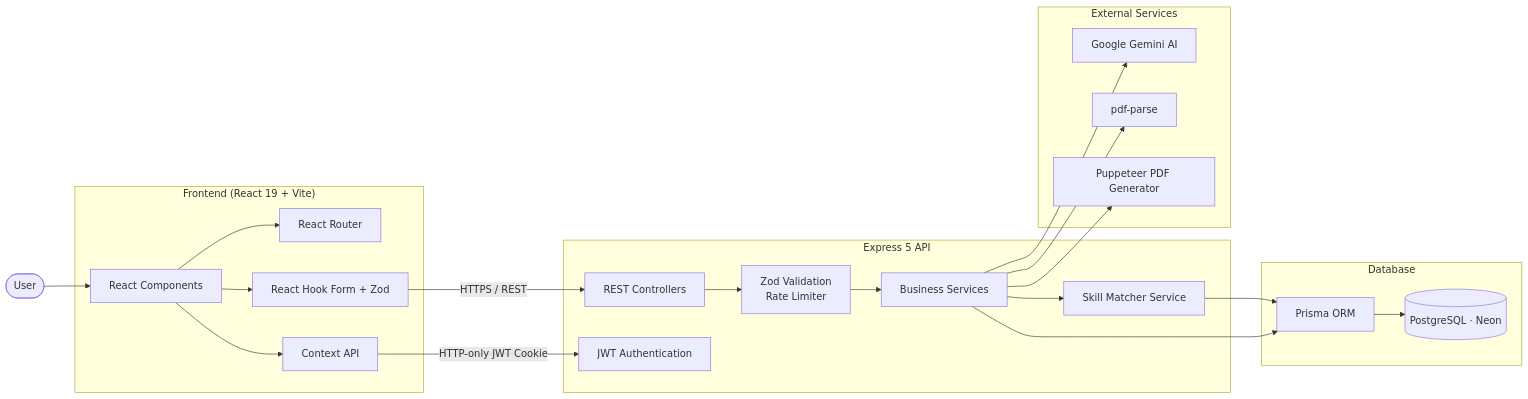
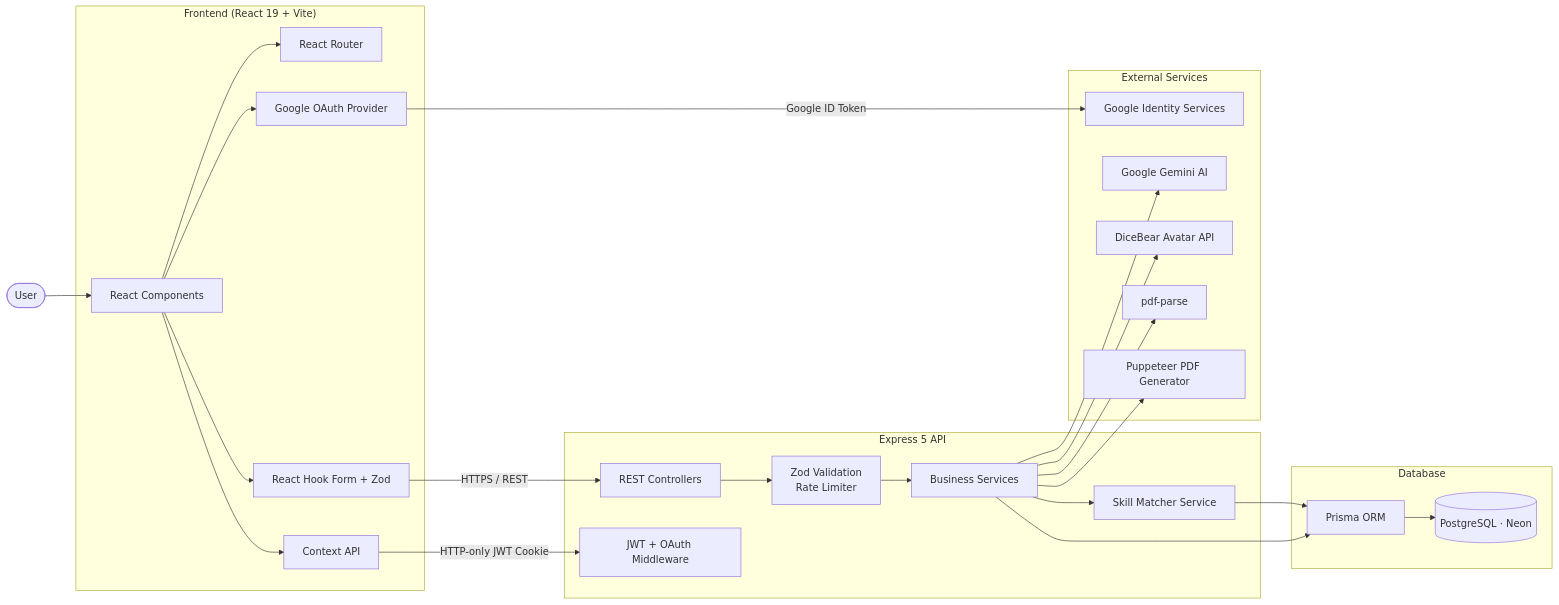
The diagram in README.md (SahilSameer18/skillbridgeAI), drawn with Mermaid before and after one commit. The commit also changed other lines of this file, not shown here.

````diff
--- a/README.md
+++ b/README.md
@@ -51,51 +55,57 @@
 ```mermaid
 flowchart LR
 
     User([User])
 
     subgraph Frontend["Frontend (React 19 + Vite)"]
         UI[React Components]
         Router[React Router]
         Context[Context API]
+        OAuth[Google OAuth Provider]
         Forms[React Hook Form + Zod]
     end
 
     subgraph Backend["Express 5 API"]
         API[REST Controllers]
-        Auth[JWT Authentication]
+        Auth[JWT + OAuth Middleware]
         Middleware[Zod Validation<br/>Rate Limiter]
         Services[Business Services]
         Matcher[Skill Matcher Service]
     end
 
     subgraph Database["Database"]
         Prisma[Prisma ORM]
         DB[(PostgreSQL · Neon)]
     end
 
     subgraph External["External Services"]
+        GoogleOAuth[Google Identity Services]
         Gemini[Google Gemini AI]
+        DiceBear[DiceBear Avatar API]
         Parser[pdf-parse]
         PDF[Puppeteer PDF Generator]
     end
 
     User --> UI
     UI --> Router
     UI --> Context
+    UI --> OAuth
     UI --> Forms
 
+    OAuth -->|Google ID Token| GoogleOAuth
     Forms -->|HTTPS / REST| API
     Context -->|HTTP-only JWT Cookie| Auth
 
     API --> Middleware
     Middleware --> Services
 
     Services --> Gemini
     Services --> Parser
     Services --> PDF
     Services --> Matcher
+    Services --> DiceBear
 
     Matcher --> Prisma
     Services --> Prisma
     Prisma --> DB
 ```
````
